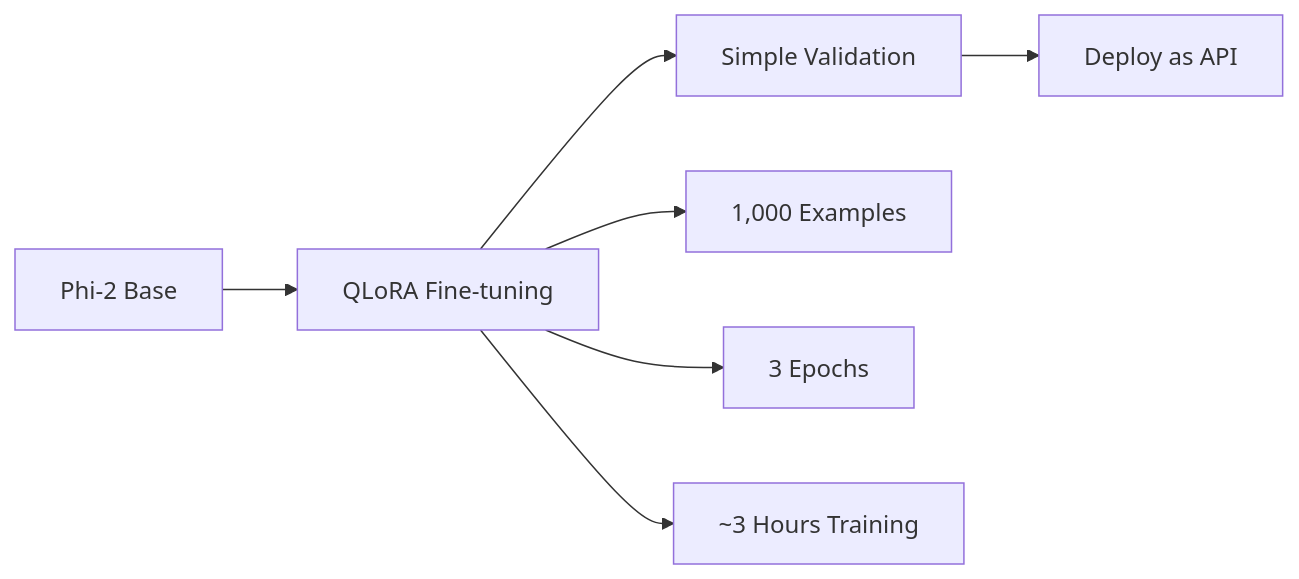
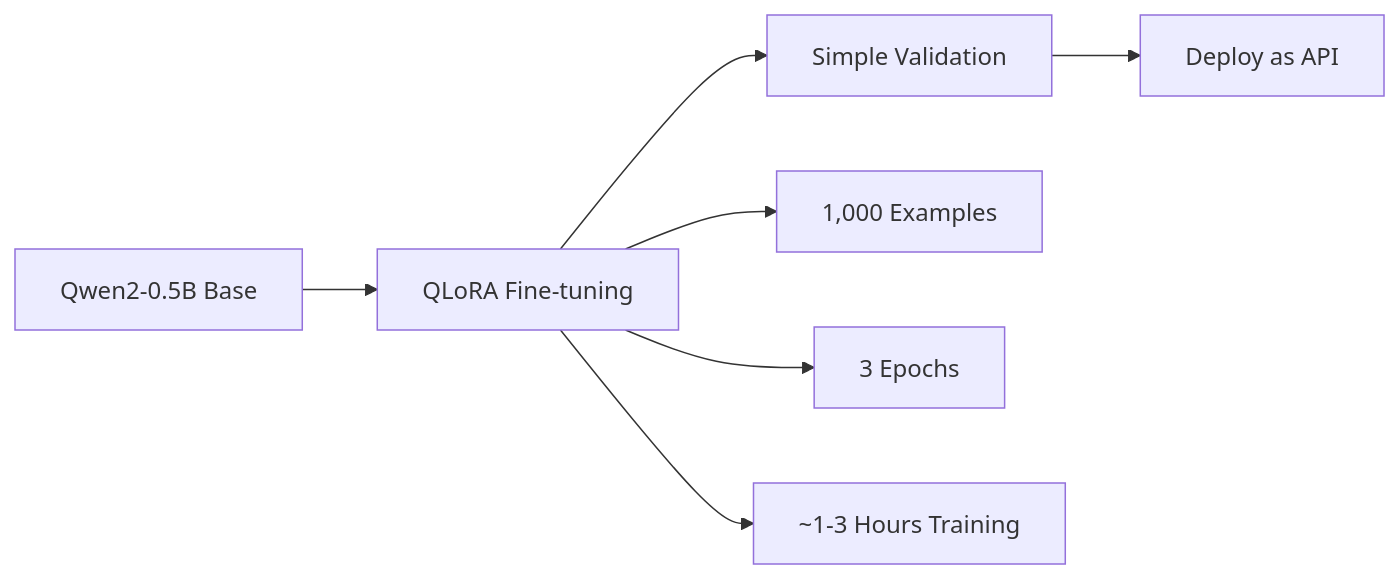
The diagram in scripts/coffee-reasoning-prd.md (jtmcg3/CoffeeRL), drawn with Mermaid before and after one commit. The commit also changed other lines of this file and 13 other files, not shown here.

````diff
--- a/scripts/coffee-reasoning-prd.md
+++ b/scripts/coffee-reasoning-prd.md
@@ -39,10 +39,10 @@
 ```mermaid
 graph LR
-    A[Phi-2 Base] --> B[QLoRA Fine-tuning]
+    A[Qwen2-0.5B Base] --> B[QLoRA Fine-tuning]
     B --> C[Simple Validation]
     C --> D[Deploy as API]
 
     B --> B1[1,000 Examples]
     B --> B2[3 Epochs]
-    B --> B3[~3 Hours Training]
+    B --> B3[~1-3 Hours Training]
 ```
````
